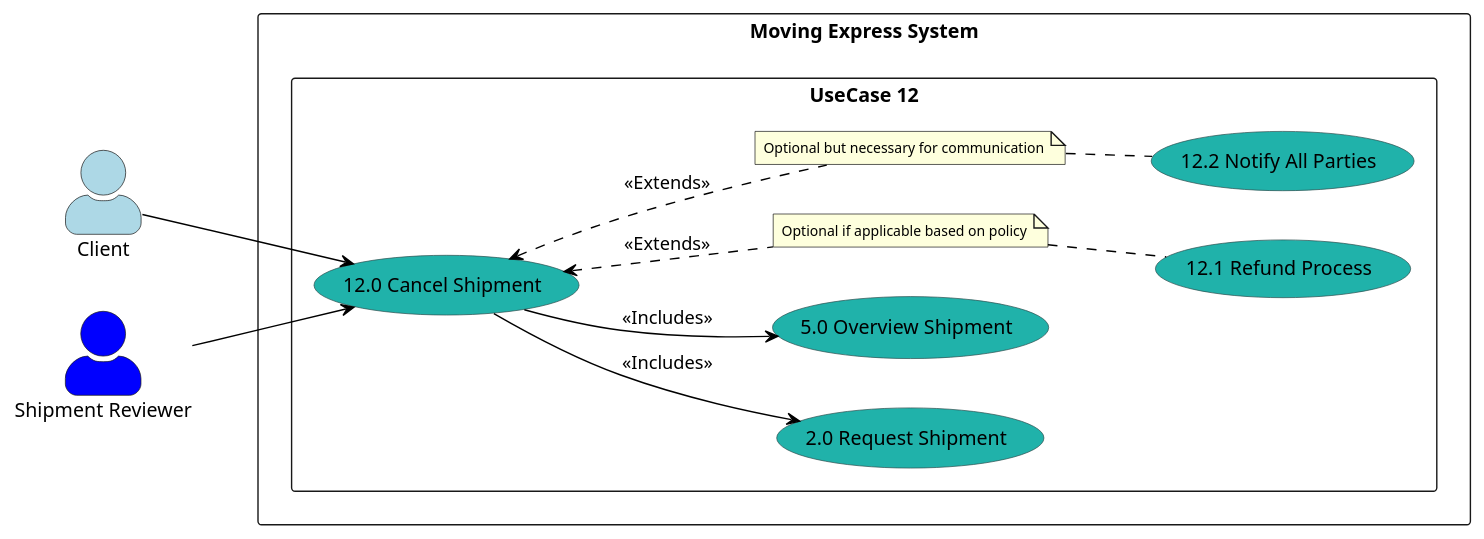
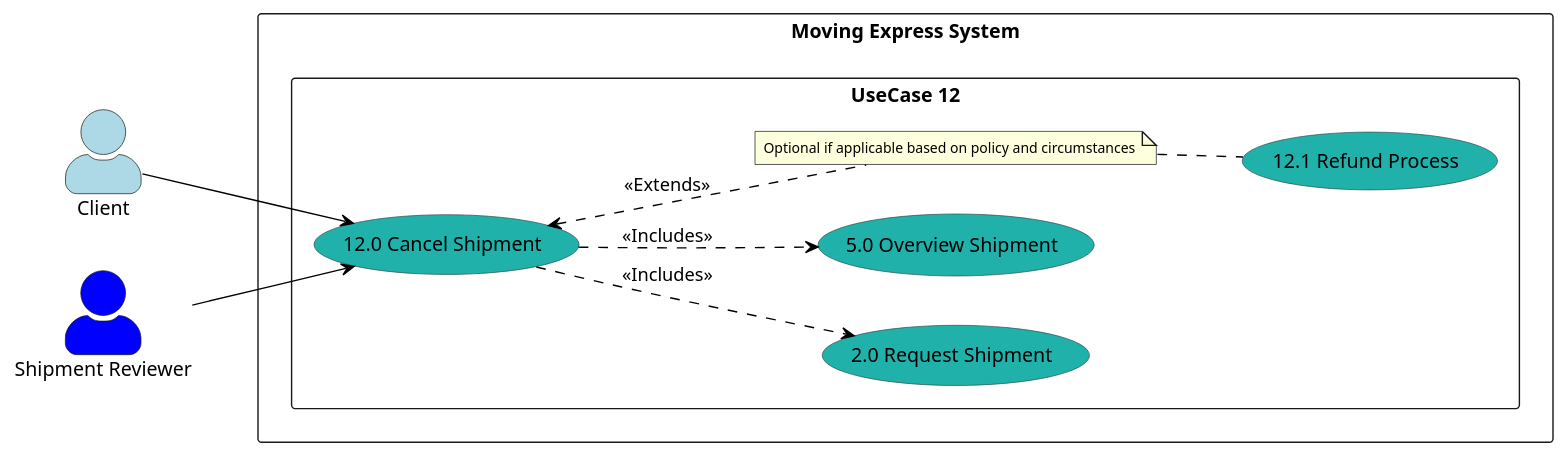
The diagram in Diagrams/UseCaseDiagrams/LoweLevel/UC12.puml (nic5694/MovingExpress), drawn with PlantUML before and after one commit. The commit also changed 4 other files, not shown here.

```diff
--- a/Diagrams/UseCaseDiagrams/LoweLevel/UC12.puml
+++ b/Diagrams/UseCaseDiagrams/LoweLevel/UC12.puml
@@ -1,48 +1,44 @@
 @startuml
 
 left to right direction
 skinparam actorStyle awesome
 
 skinparam note {
  FontSize 10
 }
 skinparam usecase {
    BackgroundColor DarkSeaGreen
    BorderColor DarkSlateGray
    ArrowColor Black
    ActorBorderColor black
    ActorBackgroundColor<< Human >> Gold
 }
 
 actor Client as "Client" #LightBlue
 actor "Shipment Reviewer" as ShipmentReviewer #Blue
 
 rectangle "Moving Express System" {
    rectangle "UseCase 12" {
      usecase "2.0 Request Shipment" as UC2 #LightSeaGreen
      usecase "5.0 Overview Shipment" as UC5 #LightSeaGreen
      usecase "12.0 Cancel Shipment" as UC12 #LightSeaGreen
      usecase "12.1 Refund Process" as UC12_1 #LightSeaGreen
-     usecase "12.2 Notify All Parties" as UC12_2 #LightSeaGreen
 
-     note "Optional if applicable based on policy" as N1
-     note "Optional but necessary for communication" as N2
+     note "Optional if applicable based on policy and circumstances" as N1
    }
 }
 
 Client --> UC12
 
 ShipmentReviewer --> UC12
 
-UC12 --> UC2 : <<Includes>>
-UC12 --> UC5 : <<Includes>>
+UC12 ..> UC2 : <<Includes>>
+UC12 ..> UC5 : <<Includes>>
 
 UC12 <.. N1 : <<Extends>>
 N1 .. (UC12_1)
 
-UC12 <.. N2 : <<Extends>>
-N2 .. (UC12_2)
 
 
 
 @enduml
```
